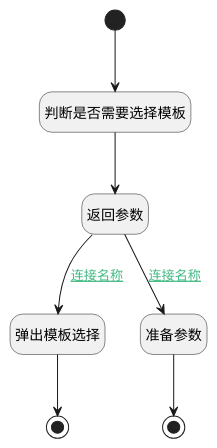
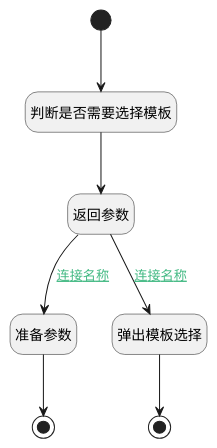
Before and after one commit to iBizLab/plm: the diagram in doc/docsify/module/Insight/insight_view/uilogic/choose_template.md, drawn with PlantUML. The commit also changed other lines of this file and 1778 other files, not shown here.

````diff
--- a/doc/docsify/module/Insight/insight_view/uilogic/choose_template.md
+++ b/doc/docsify/module/Insight/insight_view/uilogic/choose_template.md
@@ -7,29 +7,29 @@
 ```plantuml
 @startuml
 hide footbox
 <style>
 root {
   HyperlinkColor #42b983
 }
 </style>
 
 hide empty description
 state "开始" as Begin <<start>> [[$./choose_template#begin {开始}]]
-state "结束" as END1 <<end>> [[$./choose_template#end1 {结束}]]
 state "返回参数" as DEBUGPARAM2  [[$./choose_template#debugparam2 {返回参数}]]
+state "判断是否需要选择模板" as DEACTION1  [[$./choose_template#deaction1 {判断是否需要选择模板}]]
+state "准备参数" as PREPAREJSPARAM1  [[$./choose_template#preparejsparam1 {准备参数}]]
 state "结束" as END2 <<end>> [[$./choose_template#end2 {结束}]]
 state "弹出模板选择" as DEUIACTION1  [[$./choose_template#deuiaction1 {弹出模板选择}]]
-state "判断是否需要选择模板" as DEACTION1  [[$./choose_template#deaction1 {判断是否需要选择模板}]]
-state "准备参数" as PREPAREJSPARAM1  [[$./choose_template#preparejsparam1 {准备参数}]]
+state "结束" as END1 <<end>> [[$./choose_template#end1 {结束}]]
 
 
 Begin --> DEACTION1
 DEACTION1 --> DEBUGPARAM2
 DEBUGPARAM2 --> DEUIACTION1 : [[$./choose_template#debugparam2-deuiaction1{连接名称} 连接名称]]
 DEUIACTION1 --> END1
 DEBUGPARAM2 --> PREPAREJSPARAM1 : [[$./choose_template#debugparam2-preparejsparam1{连接名称} 连接名称]]
 PREPAREJSPARAM1 --> END2
 
 
 @enduml
 ```
````
